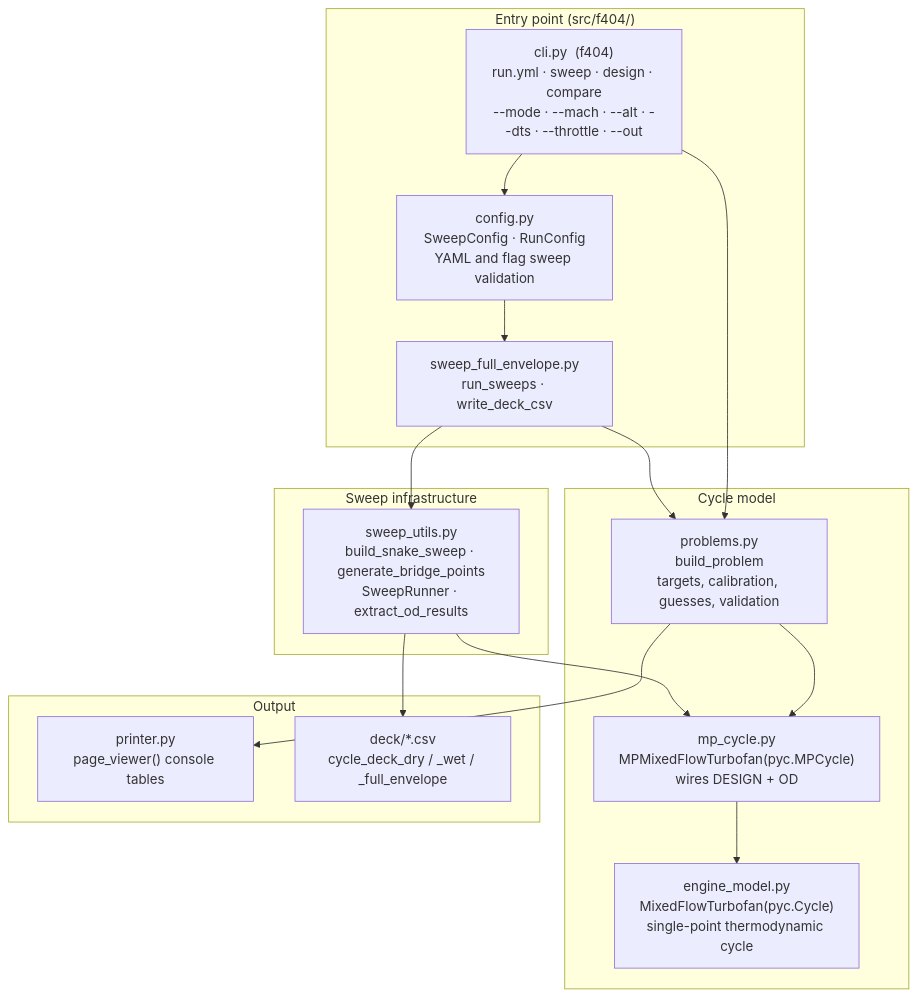
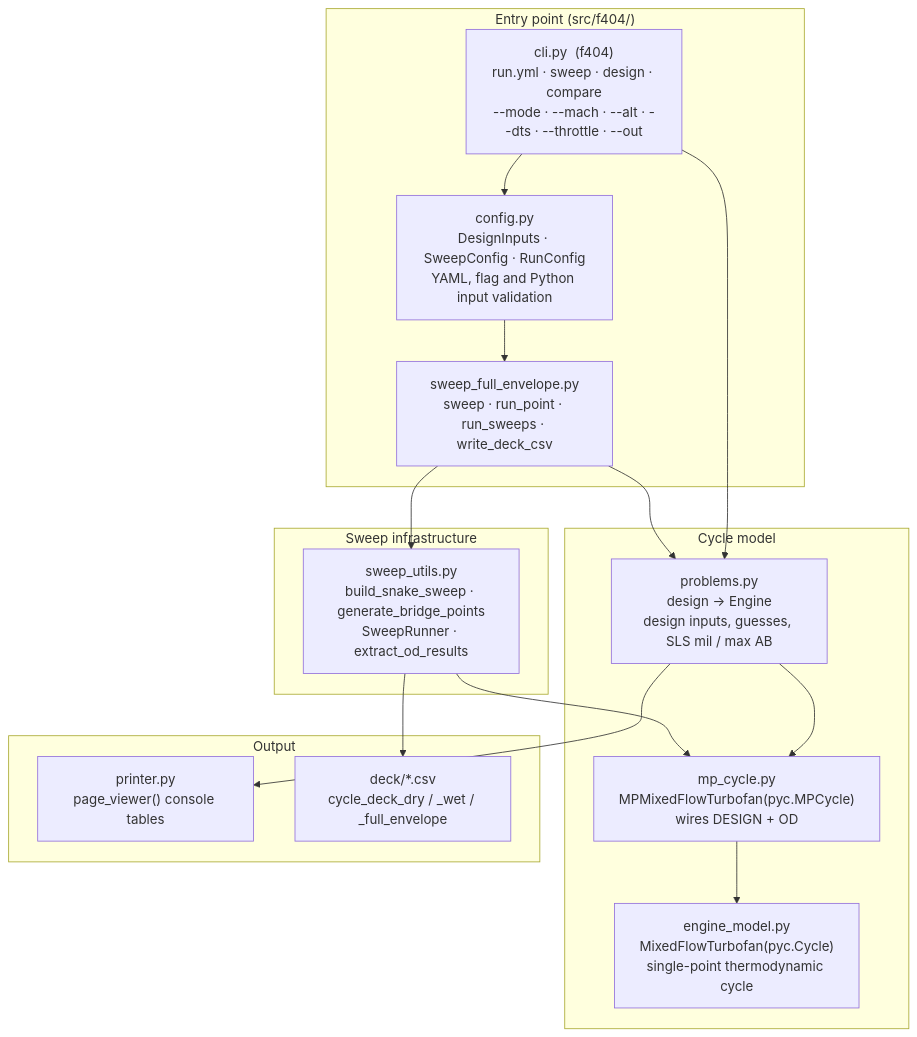
One commit to Jhawk414/F404 changed the diagram in README.md. Above: the diagram before and after it, drawn with Mermaid. The commit also changed other lines of this file and 2 other files, not shown here.

First line of the commit message:
docs: update README and handoff for the public Python API

````diff
--- a/README.md
+++ b/README.md
@@ -106,34 +108,34 @@
 ```mermaid
 flowchart TD
     subgraph Drivers["Entry point (src/f404/)"]
         CLI["cli.py  (f404)<br/>run.yml · sweep · design · compare<br/>--mode · --mach · --alt · --dts · --throttle · --out"]
-        CFG["config.py<br/>SweepConfig · RunConfig<br/>YAML and flag sweep validation"]
-        A["sweep_full_envelope.py<br/>run_sweeps · write_deck_csv"]
+        CFG["config.py<br/>DesignInputs · SweepConfig · RunConfig<br/>YAML, flag and Python input validation"]
+        A["sweep_full_envelope.py<br/>sweep · run_point · run_sweeps · write_deck_csv"]
     end
 
     subgraph Model["Cycle model"]
-        B["problems.py<br/>build_problem<br/>targets, calibration, guesses, validation"]
+        B["problems.py<br/>design → Engine<br/>design inputs, guesses, SLS mil / max AB"]
         C["mp_cycle.py<br/>MPMixedFlowTurbofan(pyc.MPCycle)<br/>wires DESIGN + OD"]
         D["engine_model.py<br/>MixedFlowTurbofan(pyc.Cycle)<br/>single-point thermodynamic cycle"]
     end
 
     subgraph Sweep["Sweep infrastructure"]
         E["sweep_utils.py<br/>build_snake_sweep · generate_bridge_points<br/>SweepRunner · extract_od_results"]
     end
 
     subgraph Output["Output"]
         F["printer.py<br/>page_viewer() console tables"]
         G["deck/*.csv<br/>cycle_deck_dry / _wet / _full_envelope"]
     end
 
     CLI --> CFG
     CFG --> A
     CLI --> B
     A --> B
     B --> C
     C --> D
     B --> F
     A --> E
     E --> C
     E --> G
 ```
````
